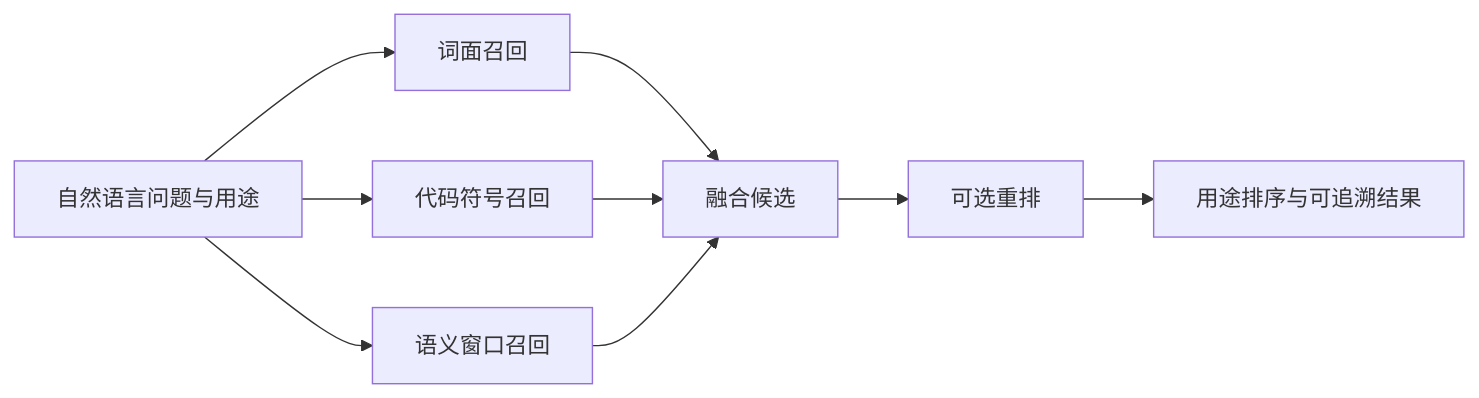
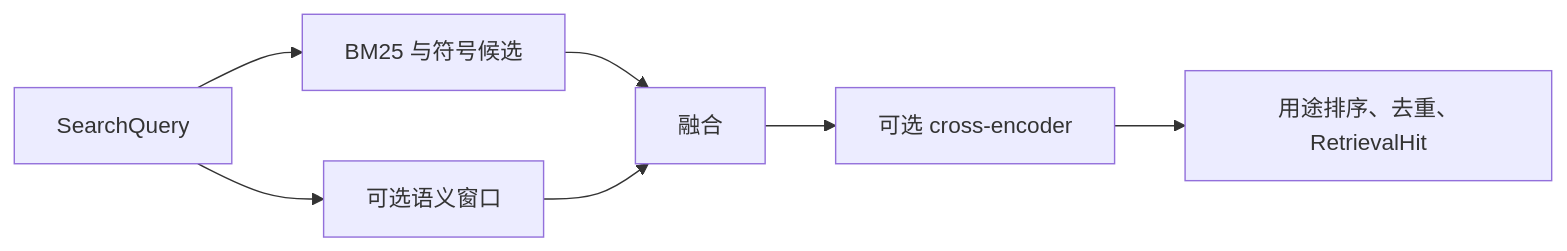
The diagram in .repo-review/knowledge/articles/0f4c98f99ec08ee9f67bc4c9abbbec7193e9e0c6a38384e2306d9c1cf84a9f03.md (lejunyang/omem), drawn with Mermaid before and after one commit. The commit also changed other lines of this file and 23 other files, not shown here.

````diff
--- a/.repo-review/knowledge/articles/0f4c98f99ec08ee9f67bc4c9abbbec7193e9e0c6a38384e2306d9c1cf84a9f03.md
+++ b/.repo-review/knowledge/articles/0f4c98f99ec08ee9f67bc4c9abbbec7193e9e0c6a38384e2306d9c1cf84a9f03.md
@@ -19,11 +19,9 @@
 ```mermaid
 flowchart LR
-  Q[自然语言问题与用途] --> L[词面召回]
-  Q --> S[代码符号召回]
-  Q --> V[语义窗口召回]
-  L --> F[融合候选]
+  Q[SearchQuery] --> L[BM25 与符号候选]
+  Q --> S[可选语义窗口]
+  L --> F[融合]
   S --> F
-  V --> F
-  F --> R[可选重排]
-  R --> O[用途排序与可追溯结果]
+  F --> R[可选 cross-encoder]
+  R --> O[用途排序、去重、RetrievalHit]
 ```
````
